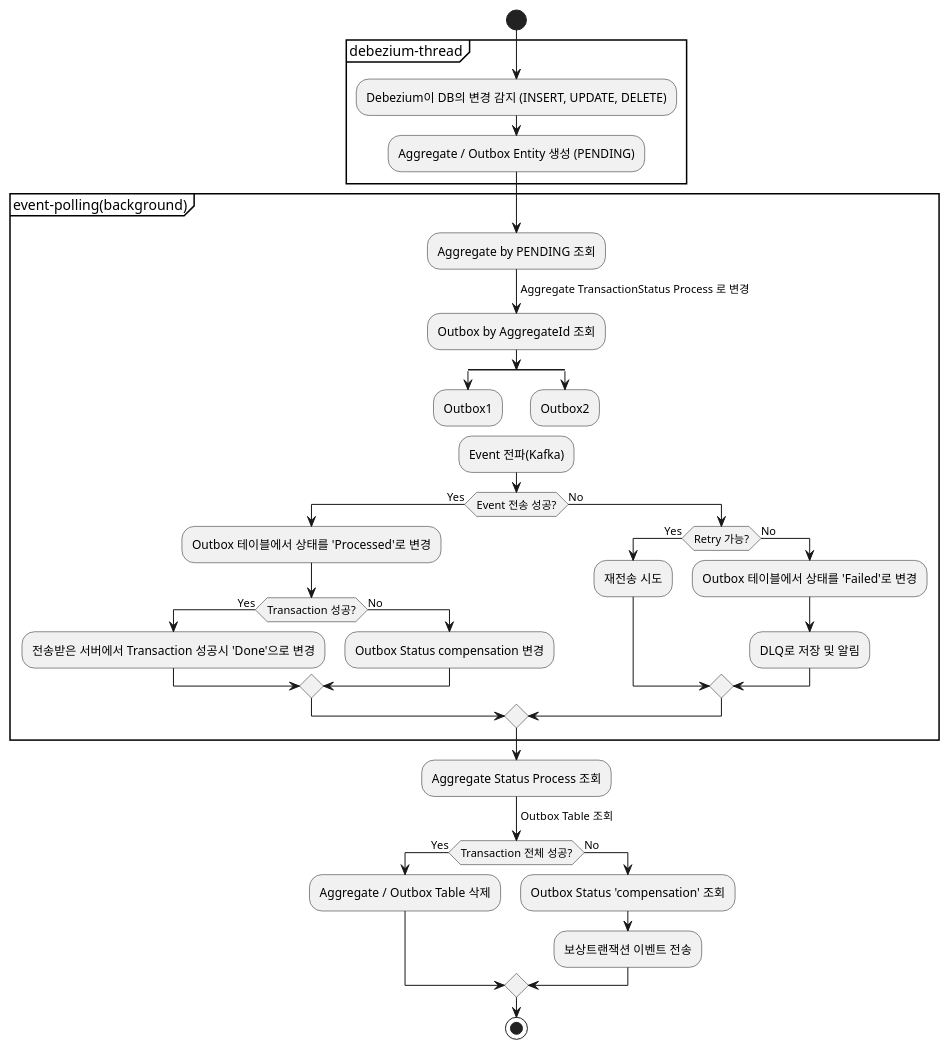
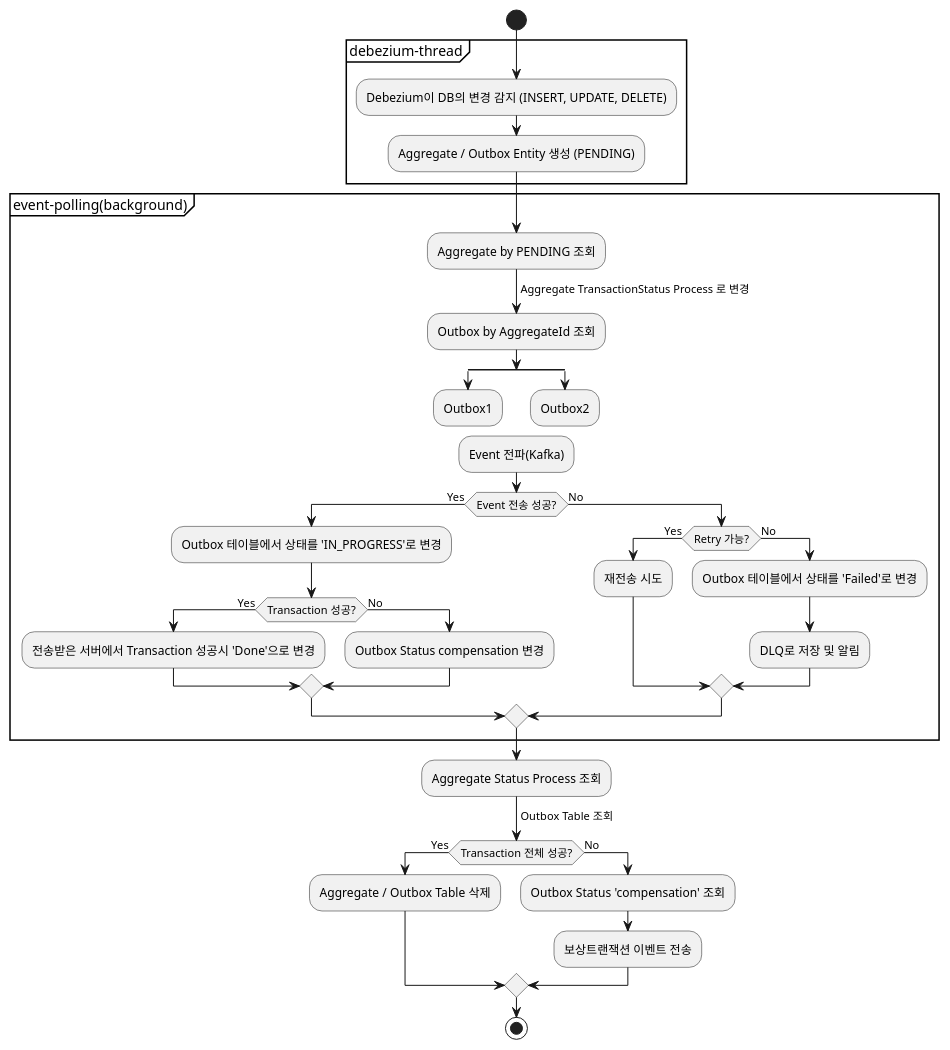
The diagram in docs/[flow]outbox.puml (PARKPARKWOO/orchestrator), drawn with PlantUML before and after one commit. The commit also changed 12 other files, not shown here.

```diff
--- a/docs/[flow]outbox.puml
+++ b/docs/[flow]outbox.puml
@@ -1,49 +1,49 @@
 @startuml
 start
 group debezium-thread
     :Debezium이 DB의 변경 감지 (INSERT, UPDATE, DELETE);
     :Aggregate / Outbox Entity 생성 (PENDING);
 end group
 
 group event-polling(background)
     :Aggregate by PENDING 조회;
     -> Aggregate TransactionStatus Process 로 변경;
     :Outbox by AggregateId 조회;
 
 split
     :Outbox1;
     detach
 split again
     :Outbox2;
     detach
 split end
 
 :Event 전파(Kafka);
 
 if (Event 전송 성공?) then (Yes)
-    :Outbox 테이블에서 상태를 'Processed'로 변경;
+    :Outbox 테이블에서 상태를 'IN_PROGRESS'로 변경;
     if (Transaction 성공?) then (Yes)
         :전송받은 서버에서 Transaction 성공시 'Done'으로 변경;
     else (No)
         :Outbox Status compensation 변경;
     endif
 else (No)
     if (Retry 가능?) then (Yes)
         :재전송 시도;
     else (No)
         :Outbox 테이블에서 상태를 'Failed'로 변경;
         :DLQ로 저장 및 알림;
     endif
 endif
 end group
 :Aggregate Status Process 조회;
 -> Outbox Table 조회;
 if (Transaction 전체 성공?) then (Yes)
     :Aggregate / Outbox Table 삭제;
 
 else (No)
     :Outbox Status 'compensation' 조회;
     :보상트랜잭션 이벤트 전송;
 endif
 stop
 @enduml
```
